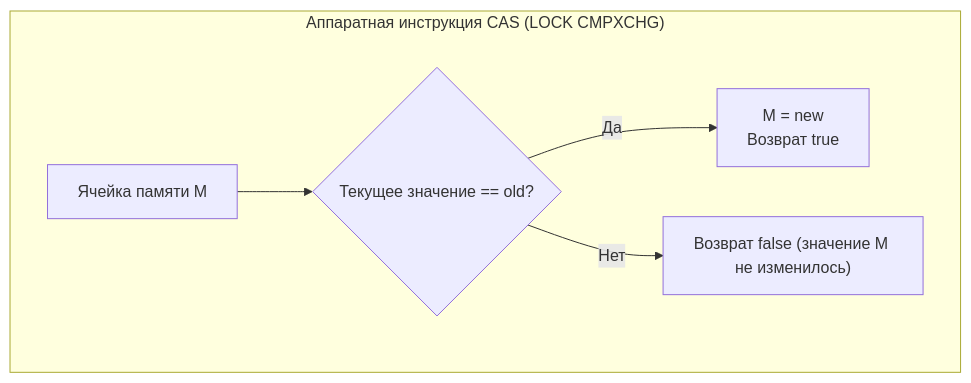
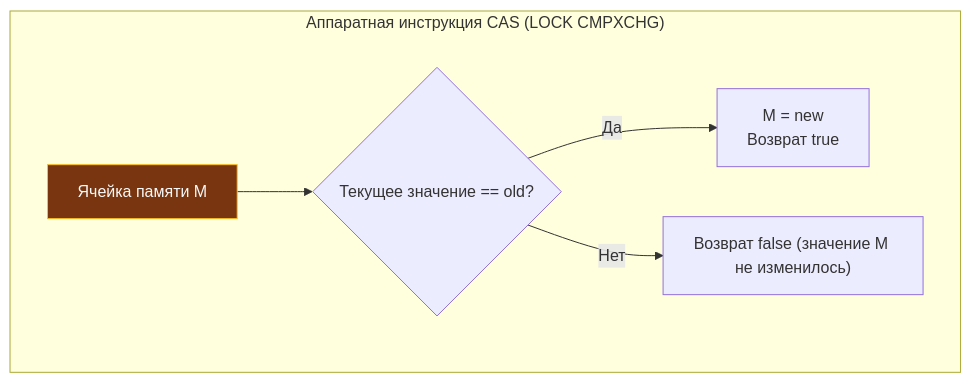
One commit to UnrealTemplier/go-textbook changed the third of 3 diagrams in sources/5. Учебник по Go (Основы и синтаксис)/41. sync.Once, Cond, Pool и atomic.md. Above: the diagram before and after it, drawn with Mermaid. The commit also changed other lines of this file and 1666 other files, not shown here.

First line of the commit message:
feat(mermaid): add semantic color classDef to 1369 colorless flowchart/graph diagrams

````diff
--- a/sources/5. Учебник по Go (Основы и синтаксис)/41. sync.Once, Cond, Pool и atomic.md
+++ b/sources/5. Учебник по Go (Основы и синтаксис)/41. sync.Once, Cond, Pool и atomic.md
@@ -233,8 +253,18 @@
 ```mermaid
 flowchart TD
+    classDef process  fill:#1e293b,stroke:#38bdf8,stroke-width:1px,color:#f8fafc
+    classDef success  fill:#064e3b,stroke:#34d399,stroke-width:1px,color:#f8fafc
+    classDef error    fill:#7f1d1d,stroke:#f87171,stroke-width:1px,color:#f8fafc
+    classDef warning  fill:#78350f,stroke:#fbbf24,stroke-width:1px,color:#f8fafc
+    classDef entry    fill:#1e3a5f,stroke:#38bdf8,stroke-width:2px,color:#f8fafc
+    classDef aux      fill:#334155,stroke:#64748b,stroke-width:1px,color:#f8fafc
+    classDef system   fill:#312e81,stroke:#a78bfa,stroke-width:1px,color:#f8fafc
+    classDef data     fill:#132d29,stroke:#2dd4bf,stroke-width:1px,color:#f8fafc
+    classDef network  fill:#881337,stroke:#fb7185,stroke-width:1px,color:#f8fafc
+    classDef accent   fill:#1e1b4b,stroke:#818cf8,stroke-width:1px,color:#f8fafc
     subgraph CAS["Аппаратная инструкция CAS (LOCK CMPXCHG)"]
-        Start["Ячейка памяти M"] --> Cmp{"Текущее значение == old?"}
+        Start["Ячейка памяти M"]:::warning --> Cmp{"Текущее значение == old?"}
         Cmp -->|"Да"| Set["M = new<br>Возврат true"]
         Cmp -->|"Нет"| Ret["Возврат false (значение M не изменилось)"]
     end
 ```
````
